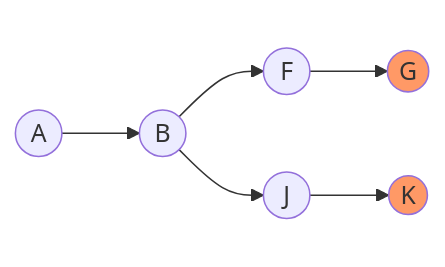
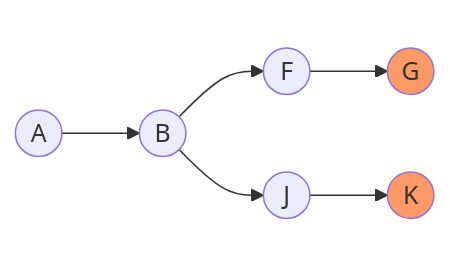
Before and after one commit to topology-foundation/docs-drp: the fourth of 5 diagrams in docs/get-started/hashgraph.md, drawn with Mermaid. The commit also changed other lines of this file and 1 other file, not shown here.

Commit message:
update diagram in conflict page; fix discrepancy in hashgraph page

````diff
--- a/docs/get-started/hashgraph.md
+++ b/docs/get-started/hashgraph.md
@@ -87,7 +87,7 @@
 ```mermaid
 flowchart LR
     id1((A)):::large --> id2((B)):::large --> id3((F)):::large --> id4((G)):::frontier
 	id2((B)):::large --> id5((J)):::large --> id6((K)):::frontier
-    classDef frontier fill:#f96, padding:10px
+    classDef frontier fill:#f96, padding:15px
 	classDef large padding:15px
 ```
````
